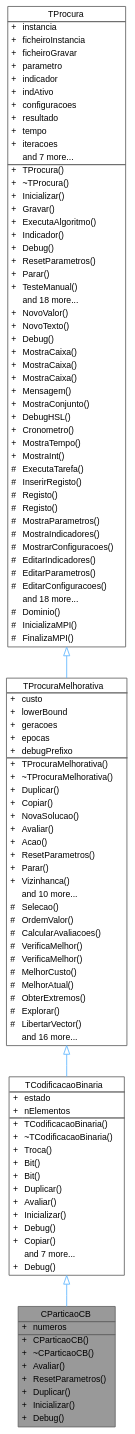
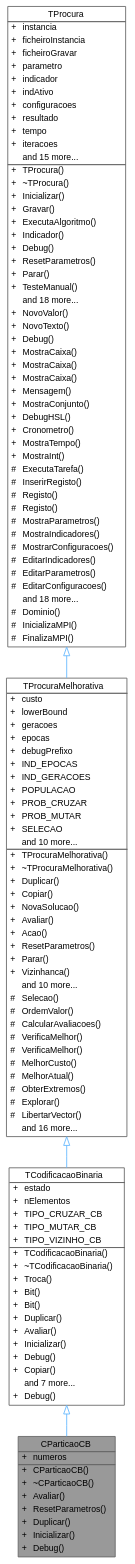
One commit to jcoelho72/TProcura changed the diagram in classCParticaoCB__inherit__graph.dot. Above: the diagram before and after it, drawn with Graphviz. The commit also changed 255 other files, not shown here.

```diff
--- a/classCParticaoCB__inherit__graph.dot
+++ b/classCParticaoCB__inherit__graph.dot
@@ -22,6 +22,9 @@
 <HR/>
 <TR><TD VALIGN="top" CELLPADDING="1" CELLSPACING="0">+</TD><TD VALIGN="top" ALIGN="LEFT" CELLPADDING="1" CELLSPACING="0">estado<BR ALIGN="LEFT"/></TD></TR>
 <TR><TD VALIGN="top" CELLPADDING="1" CELLSPACING="0">+</TD><TD VALIGN="top" ALIGN="LEFT" CELLPADDING="1" CELLSPACING="0">nElementos<BR ALIGN="LEFT"/></TD></TR>
+<TR><TD VALIGN="top" CELLPADDING="1" CELLSPACING="0">+</TD><TD VALIGN="top" ALIGN="LEFT" CELLPADDING="1" CELLSPACING="0">TIPO_CRUZAR_CB<BR ALIGN="LEFT"/></TD></TR>
+<TR><TD VALIGN="top" CELLPADDING="1" CELLSPACING="0">+</TD><TD VALIGN="top" ALIGN="LEFT" CELLPADDING="1" CELLSPACING="0">TIPO_MUTAR_CB<BR ALIGN="LEFT"/></TD></TR>
+<TR><TD VALIGN="top" CELLPADDING="1" CELLSPACING="0">+</TD><TD VALIGN="top" ALIGN="LEFT" CELLPADDING="1" CELLSPACING="0">TIPO_VIZINHO_CB<BR ALIGN="LEFT"/></TD></TR>
 <HR/>
 <TR><TD VALIGN="top" CELLPADDING="1" CELLSPACING="0">+</TD><TD VALIGN="top" ALIGN="LEFT" CELLPADDING="1" CELLSPACING="0">TCodificacaoBinaria()<BR ALIGN="LEFT"/></TD></TR>
 <TR><TD VALIGN="top" CELLPADDING="1" CELLSPACING="0">+</TD><TD VALIGN="top" ALIGN="LEFT" CELLPADDING="1" CELLSPACING="0">~TCodificacaoBinaria()<BR ALIGN="LEFT"/></TD></TR>
@@ -45,6 +48,13 @@
 <TR><TD VALIGN="top" CELLPADDING="1" CELLSPACING="0">+</TD><TD VALIGN="top" ALIGN="LEFT" CELLPADDING="1" CELLSPACING="0">geracoes<BR ALIGN="LEFT"/></TD></TR>
 <TR><TD VALIGN="top" CELLPADDING="1" CELLSPACING="0">+</TD><TD VALIGN="top" ALIGN="LEFT" CELLPADDING="1" CELLSPACING="0">epocas<BR ALIGN="LEFT"/></TD></TR>
 <TR><TD VALIGN="top" CELLPADDING="1" CELLSPACING="0">+</TD><TD VALIGN="top" ALIGN="LEFT" CELLPADDING="1" CELLSPACING="0">debugPrefixo<BR ALIGN="LEFT"/></TD></TR>
+<TR><TD VALIGN="top" CELLPADDING="1" CELLSPACING="0">+</TD><TD VALIGN="top" ALIGN="LEFT" CELLPADDING="1" CELLSPACING="0">IND_EPOCAS<BR ALIGN="LEFT"/></TD></TR>
+<TR><TD VALIGN="top" CELLPADDING="1" CELLSPACING="0">+</TD><TD VALIGN="top" ALIGN="LEFT" CELLPADDING="1" CELLSPACING="0">IND_GERACOES<BR ALIGN="LEFT"/></TD></TR>
+<TR><TD VALIGN="top" CELLPADDING="1" CELLSPACING="0">+</TD><TD VALIGN="top" ALIGN="LEFT" CELLPADDING="1" CELLSPACING="0">POPULACAO<BR ALIGN="LEFT"/></TD></TR>
+<TR><TD VALIGN="top" CELLPADDING="1" CELLSPACING="0">+</TD><TD VALIGN="top" ALIGN="LEFT" CELLPADDING="1" CELLSPACING="0">PROB_CRUZAR<BR ALIGN="LEFT"/></TD></TR>
+<TR><TD VALIGN="top" CELLPADDING="1" CELLSPACING="0">+</TD><TD VALIGN="top" ALIGN="LEFT" CELLPADDING="1" CELLSPACING="0">PROB_MUTAR<BR ALIGN="LEFT"/></TD></TR>
+<TR><TD VALIGN="top" CELLPADDING="1" CELLSPACING="0">+</TD><TD VALIGN="top" ALIGN="LEFT" CELLPADDING="1" CELLSPACING="0">SELECAO<BR ALIGN="LEFT"/></TD></TR>
+<TR><TD VALIGN="top" CELLPADDING="1" CELLSPACING="0"></TD><TD VALIGN="top" ALIGN="LEFT" CELLPADDING="1" CELLSPACING="0">and 10 more...</TD></TR>
 <HR/>
 <TR><TD VALIGN="top" CELLPADDING="1" CELLSPACING="0">+</TD><TD VALIGN="top" ALIGN="LEFT" CELLPADDING="1" CELLSPACING="0">TProcuraMelhorativa()<BR ALIGN="LEFT"/></TD></TR>
 <TR><TD VALIGN="top" CELLPADDING="1" CELLSPACING="0">+</TD><TD VALIGN="top" ALIGN="LEFT" CELLPADDING="1" CELLSPACING="0">~TProcuraMelhorativa()<BR ALIGN="LEFT"/></TD></TR>
@@ -83,7 +93,7 @@
 <TR><TD VALIGN="top" CELLPADDING="1" CELLSPACING="0">+</TD><TD VALIGN="top" ALIGN="LEFT" CELLPADDING="1" CELLSPACING="0">resultado<BR ALIGN="LEFT"/></TD></TR>
 <TR><TD VALIGN="top" CELLPADDING="1" CELLSPACING="0">+</TD><TD VALIGN="top" ALIGN="LEFT" CELLPADDING="1" CELLSPACING="0">tempo<BR ALIGN="LEFT"/></TD></TR>
 <TR><TD VALIGN="top" CELLPADDING="1" CELLSPACING="0">+</TD><TD VALIGN="top" ALIGN="LEFT" CELLPADDING="1" CELLSPACING="0">iteracoes<BR ALIGN="LEFT"/></TD></TR>
-<TR><TD VALIGN="top" CELLPADDING="1" CELLSPACING="0"></TD><TD VALIGN="top" ALIGN="LEFT" CELLPADDING="1" CELLSPACING="0">and 7 more...</TD></TR>
+<TR><TD VALIGN="top" CELLPADDING="1" CELLSPACING="0"></TD><TD VALIGN="top" ALIGN="LEFT" CELLPADDING="1" CELLSPACING="0">and 15 more...</TD></TR>
 <HR/>
 <TR><TD VALIGN="top" CELLPADDING="1" CELLSPACING="0">+</TD><TD VALIGN="top" ALIGN="LEFT" CELLPADDING="1" CELLSPACING="0">TProcura()<BR ALIGN="LEFT"/></TD></TR>
 <TR><TD VALIGN="top" CELLPADDING="1" CELLSPACING="0">+</TD><TD VALIGN="top" ALIGN="LEFT" CELLPADDING="1" CELLSPACING="0">~TProcura()<BR ALIGN="LEFT"/></TD></TR>
```
